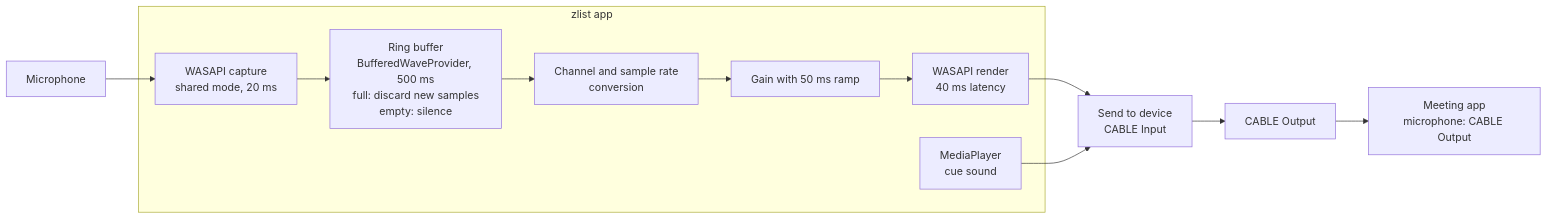
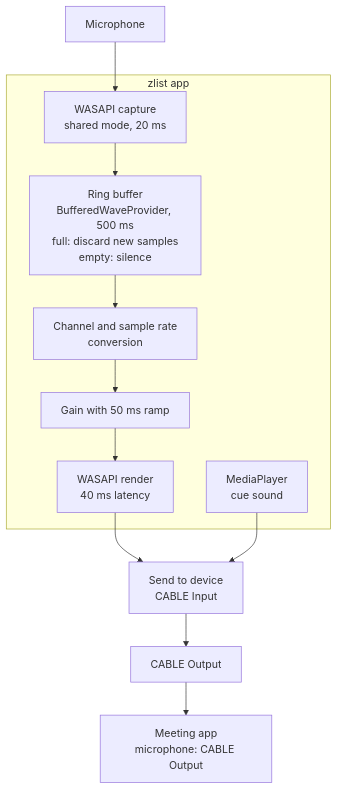
One commit to kindlyops/zlist-releases changed the fourth of 4 diagrams in README.md. Above: the diagram before and after it, drawn with Mermaid. The commit also changed other lines of this file, not shown here.

````diff
--- a/README.md
+++ b/README.md
@@ -296,17 +297,17 @@
 ```mermaid
-flowchart LR
+flowchart TB
     mic["Microphone"] --> capture["WASAPI capture<br/>shared mode, 20 ms"]
 
     subgraph app["zlist app"]
         capture --> ring["Ring buffer<br/>BufferedWaveProvider, 500 ms<br/>full: discard new samples<br/>empty: silence"]
         ring --> format["Channel and sample rate<br/>conversion"]
         format --> gain["Gain with 50 ms ramp"]
         gain --> out["WASAPI render<br/>40 ms latency"]
         player["MediaPlayer<br/>cue sound"]
     end
 
     out --> cable["Send to device<br/>CABLE Input"]
     player --> cable
     cable --> cableout["CABLE Output"]
     cableout --> zoom["Meeting app<br/>microphone: CABLE Output"]
 ```
````
